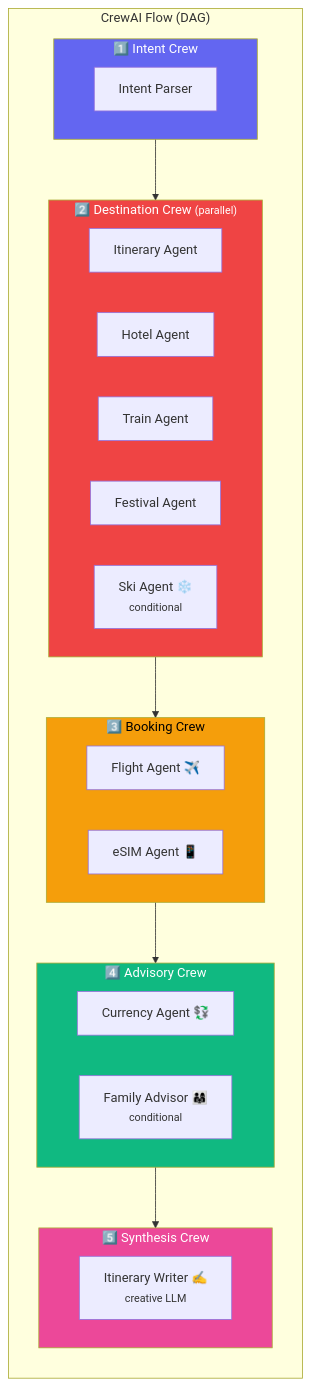
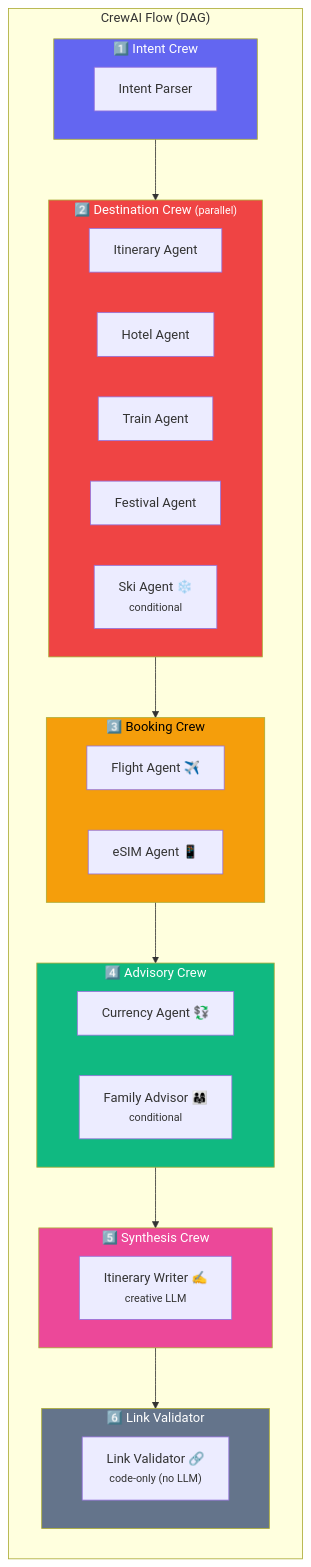
The fifth of 6 diagrams in README.md (osisdie/your-trip-crew), drawn with Mermaid before and after one commit. The commit also changed other lines of this file and 50 other files, not shown here.

````diff
--- a/README.md
+++ b/README.md
@@ -136,40 +150,45 @@
 ```mermaid
 graph TD
     subgraph flow ["CrewAI Flow (DAG)"]
         direction TB
 
         subgraph C1 ["1️⃣ Intent Crew"]
             A1["Intent Parser"]
         end
 
         subgraph C2 ["2️⃣ Destination Crew <small>(parallel)</small>"]
             A2["Itinerary Agent"]
             A3["Hotel Agent"]
             A4["Train Agent"]
             A5["Festival Agent"]
             A6["Ski Agent ❄️<br/><small>conditional</small>"]
         end
 
         subgraph C3 ["3️⃣ Booking Crew"]
             A7["Flight Agent ✈️"]
             A8["eSIM Agent 📱"]
         end
 
         subgraph C4 ["4️⃣ Advisory Crew"]
             A9["Currency Agent 💱"]
             A10["Family Advisor 👨‍👩‍👧<br/><small>conditional</small>"]
         end
 
         subgraph C5 ["5️⃣ Synthesis Crew"]
             A11["Itinerary Writer ✍️<br/><small>creative LLM</small>"]
         end
 
-        C1 --> C2 --> C3 --> C4 --> C5
+        subgraph C6 ["6️⃣ Link Validator"]
+            A12["Link Validator 🔗<br/><small>code-only (no LLM)</small>"]
+        end
+
+        C1 --> C2 --> C3 --> C4 --> C5 --> C6
     end
 
     style C1 fill:#6366f1,color:#fff
     style C2 fill:#ef4444,color:#fff
     style C3 fill:#f59e0b,color:#000
     style C4 fill:#10b981,color:#fff
     style C5 fill:#ec4899,color:#fff
+    style C6 fill:#64748b,color:#fff
 ```
````
